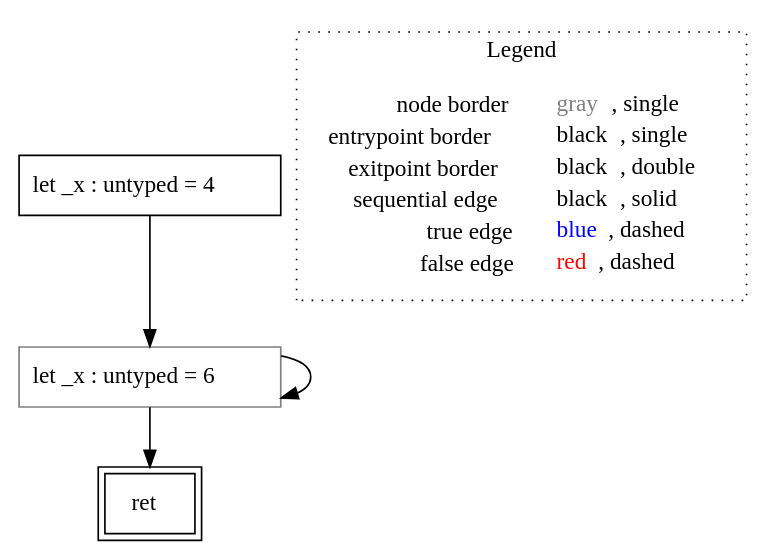
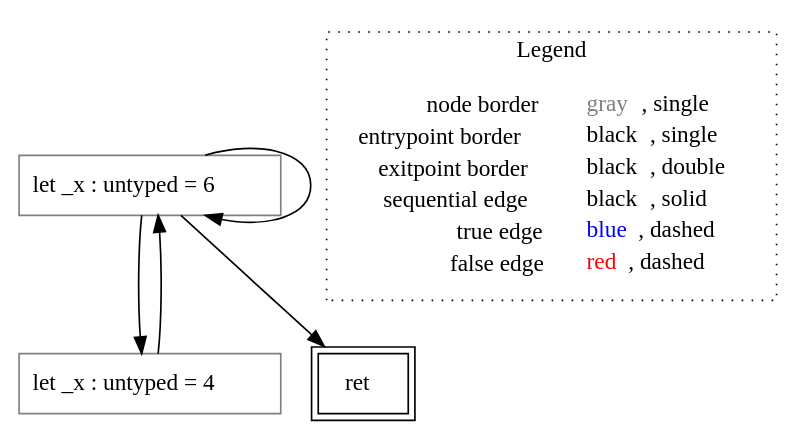
The diagram in rust-lisa/rust-testcases/cfg/return-void/()_rust-testcases_cfg_return-void_return-void.rs.func5().dot (VincenzoArceri/rust-lisa), drawn with Graphviz before and after one commit. The commit also changed 14 other files, not shown here.

```diff
--- a/rust-lisa/rust-testcases/cfg/return-void/()_rust-testcases_cfg_return-void_return-void.rs.func5().dot
+++ b/rust-lisa/rust-testcases/cfg/return-void/()_rust-testcases_cfg_return-void_return-void.rs.func5().dot
@@ -1,15 +1,16 @@
 digraph {
-	"node0" [shape="rect",color="black",label=<let _x : untyped = 4>];
-	"node1" [shape="rect",color="gray",label=<let _x : untyped = 6>];
+	"node0" [shape="rect",color="gray",label=<let _x : untyped = 6>];
+	"node1" [shape="rect",color="gray",label=<let _x : untyped = 4>];
 	"node2" [shape="rect",color="black",peripheries="2",label=<ret>];
-	"node1" -> "node1" [color="black"];
-	"node1" -> "node2" [color="black"];
+	"node0" -> "node0" [color="black"];
+	"node0" -> "node2" [color="black"];
 	"node0" -> "node1" [color="black"];
+	"node1" -> "node0" [color="black"];
 subgraph cluster_legend {
 	label="Legend";
 	style=dotted;
 	node [shape=plaintext];
 	"legend" [label=<<table border="0" cellpadding="2" cellspacing="0" cellborder="0"><tr><td align="right">node border&nbsp;</td><td align="left"><font color="gray">gray</font>, single</td></tr><tr><td align="right">entrypoint border&nbsp;</td><td align="left"><font color="black">black</font>, single</td></tr><tr><td align="right">exitpoint border&nbsp;</td><td align="left"><font color="black">black</font>, double</td></tr><tr><td align="right">sequential edge&nbsp;</td><td align="left"><font color="black">black</font>, solid</td></tr><tr><td align="right">true edge&nbsp;</td><td align="left"><font color="blue">blue</font>, dashed</td></tr><tr><td align="right">false edge&nbsp;</td><td align="left"><font color="red">red</font>, dashed</td></tr></table>>];
 }
 
 }
```
